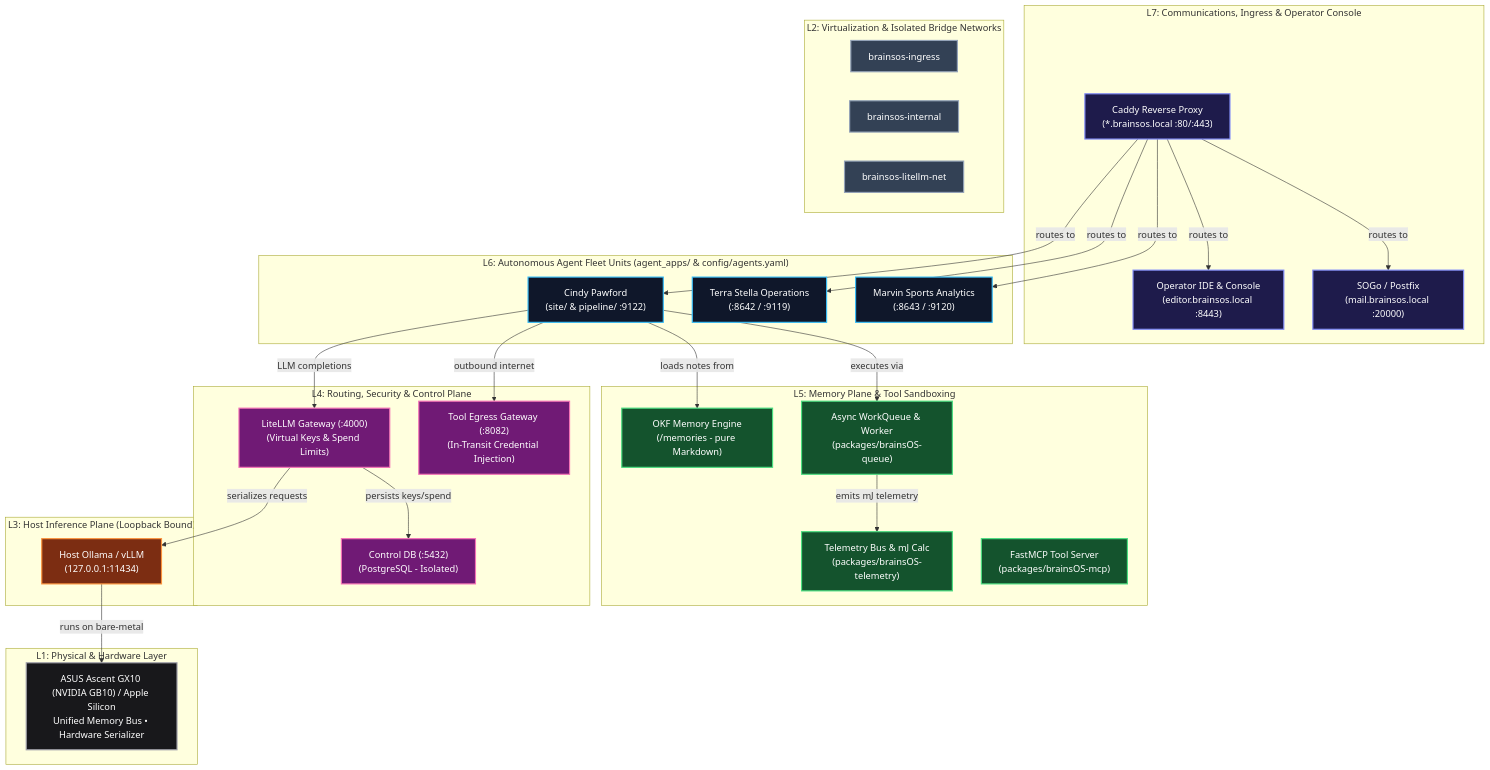
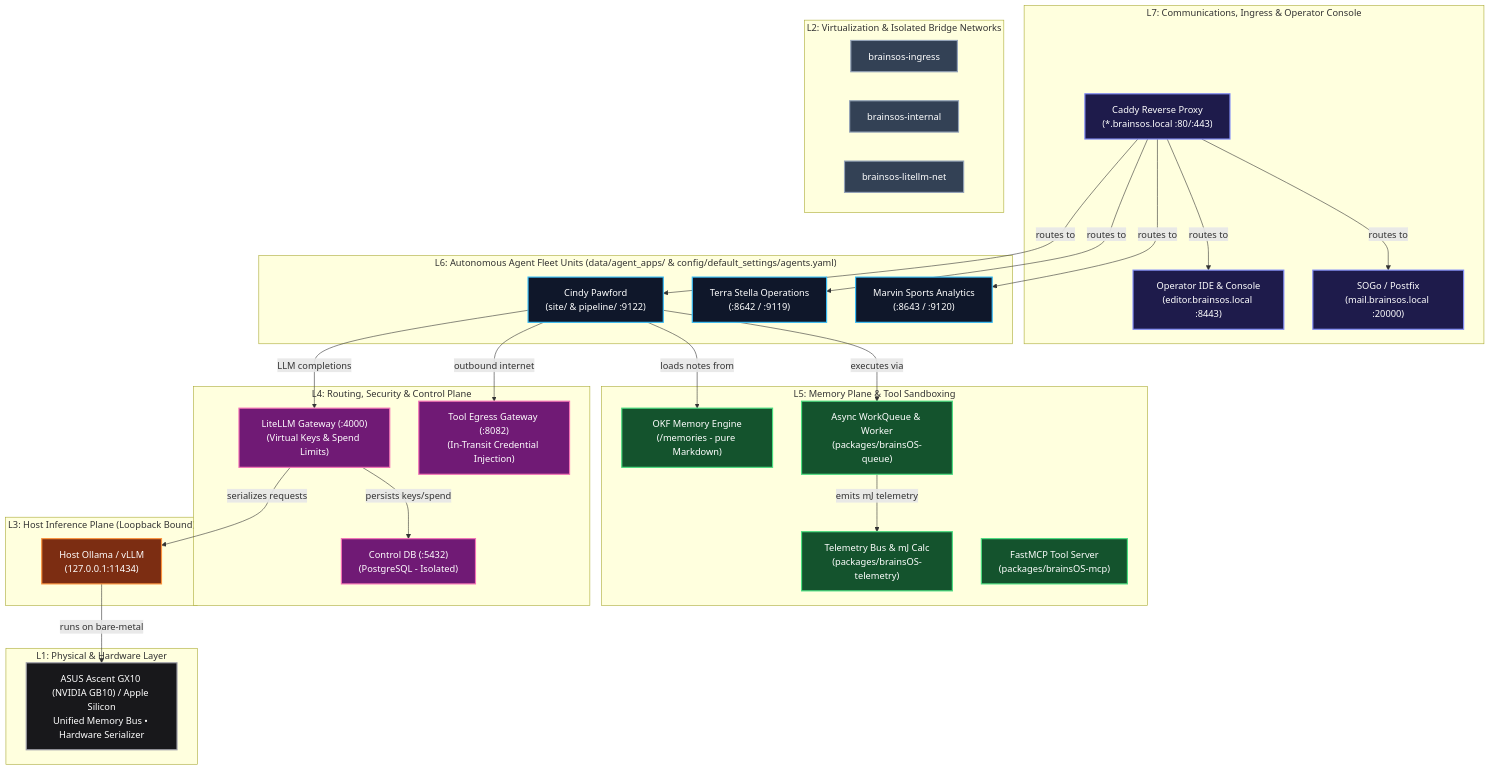
One commit to patternsatscale/brainsOS.ai changed the diagram in README.md. Above: the diagram before and after it, drawn with Mermaid. The commit also changed other lines of this file and 68 other files, not shown here.

First line of the commit message:
[#201] feat(infra): migrate agent_apps to config/sample_agent_app and data/agent_apps (#202)

````diff
--- a/README.md
+++ b/README.md
@@ -91,65 +91,65 @@
 ```mermaid
 graph TD
     classDef l7 fill:#1e1b4b,stroke:#818cf8,stroke-width:2px,color:#fff;
     classDef l6 fill:#0f172a,stroke:#38bdf8,stroke-width:2px,color:#fff;
     classDef l5 fill:#14532d,stroke:#4ade80,stroke-width:2px,color:#fff;
     classDef l4 fill:#701a75,stroke:#f472b6,stroke-width:2px,color:#fff;
     classDef l3 fill:#7c2d12,stroke:#fb923c,stroke-width:2px,color:#fff;
     classDef l2 fill:#334155,stroke:#94a3b8,stroke-width:2px,color:#fff;
     classDef l1 fill:#18181b,stroke:#a1a1aa,stroke-width:2px,color:#fff;
 
     subgraph "L7: Communications, Ingress & Operator Console"
         CADDY["Caddy Reverse Proxy<br/>(*.brainsos.local :80/:443)"]:::l7
         EDITOR["Operator IDE & Console<br/>(editor.brainsos.local :8443)"]:::l7
         SOGO["SOGo / Postfix<br/>(mail.brainsos.local :20000)"]:::l7
     end
 
-    subgraph "L6: Autonomous Agent Fleet Units (agent_apps/ & config/agents.yaml)"
+    subgraph "L6: Autonomous Agent Fleet Units (data/agent_apps/ & config/default_settings/agents.yaml)"
         CINDY["Cindy Pawford<br/>(site/ & pipeline/ :9122)"]:::l6
         TERRA["Terra Stella Operations<br/>(:8642 / :9119)"]:::l6
         MARVIN["Marvin Sports Analytics<br/>(:8643 / :9120)"]:::l6
     end
 
     subgraph "L5: Memory Plane & Tool Sandboxing"
         MEM["OKF Memory Engine<br/>(/memories - pure Markdown)"]:::l5
         QUEUE["Async WorkQueue & Worker<br/>(packages/brainsOS-queue)"]:::l5
         TEL["Telemetry Bus & mJ Calc<br/>(packages/brainsOS-telemetry)"]:::l5
         MCP["FastMCP Tool Server<br/>(packages/brainsOS-mcp)"]:::l5
     end
 
     subgraph "L4: Routing, Security & Control Plane"
         LITELLM["LiteLLM Gateway (:4000)<br/>(Virtual Keys & Spend Limits)"]:::l4
         MITM["Tool Egress Gateway (:8082)<br/>(In-Transit Credential Injection)"]:::l4
         DB["Control DB (:5432)<br/>(PostgreSQL - Isolated)"]:::l4
     end
 
     subgraph "L3: Host Inference Plane (Loopback Bound)"
         OLLAMA["Host Ollama / vLLM<br/>(127.0.0.1:11434)"]:::l3
     end
 
     subgraph "L2: Virtualization & Isolated Bridge Networks"
         NET_INGRESS["brainsos-ingress"]:::l2
         NET_INTERNAL["brainsos-internal"]:::l2
         NET_LITELLM["brainsos-litellm-net"]:::l2
     end
 
     subgraph "L1: Physical & Hardware Layer"
         HW["ASUS Ascent GX10 (NVIDIA GB10) / Apple Silicon<br/>Unified Memory Bus • Hardware Serializer"]:::l1
     end
 
     CADDY -->|routes to| CINDY
     CADDY -->|routes to| TERRA
     CADDY -->|routes to| MARVIN
     CADDY -->|routes to| EDITOR
     CADDY -->|routes to| SOGO
 
     CINDY -->|executes via| QUEUE
     QUEUE -->|emits mJ telemetry| TEL
     CINDY -->|loads notes from| MEM
     CINDY -->|LLM completions| LITELLM
     CINDY -->|outbound internet| MITM
 
     LITELLM -->|serializes requests| OLLAMA
     LITELLM -->|persists keys/spend| DB
     OLLAMA -->|runs on bare-metal| HW
 ```
````
